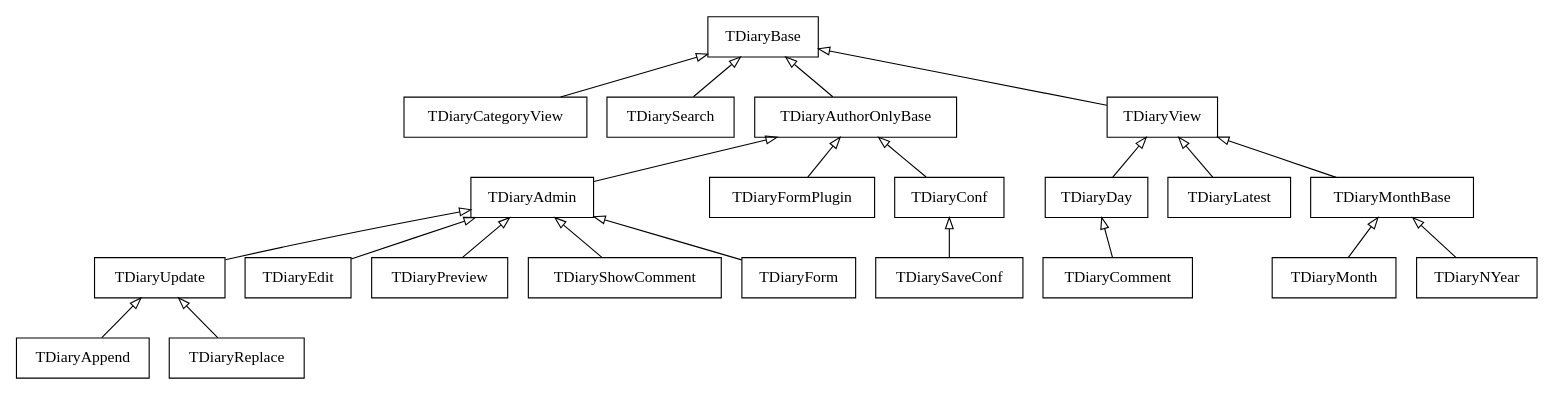
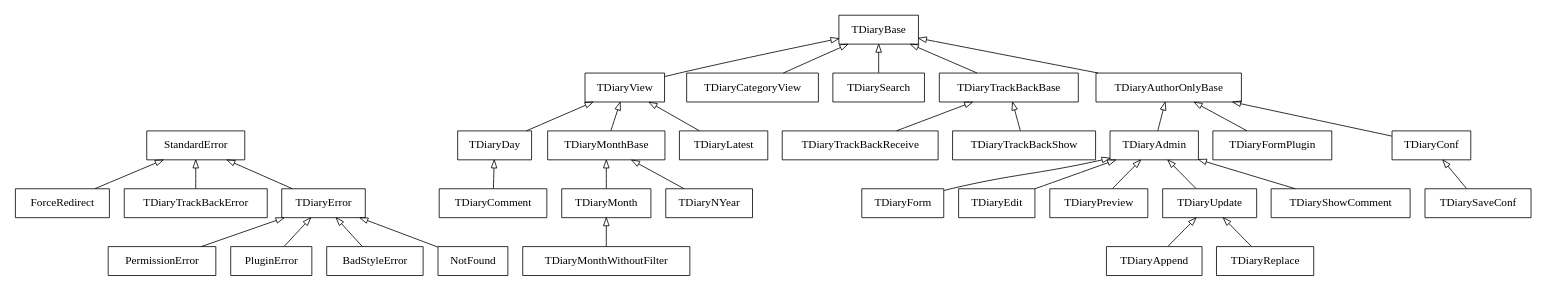
The diagram in tdiary_class_diagram/tdiary.dot (kdmsnr/tdiary_contrib), drawn with Graphviz before and after one commit. The commit also changed 1 other file, not shown here.

Commit message:
update diagram

```diff
--- a/tdiary_class_diagram/tdiary.dot
+++ b/tdiary_class_diagram/tdiary.dot
@@ -1,28 +1,56 @@
 /* $dot -Tpng tdiary.dot -o tdiary.dot */
 digraph tdiary {
   graph [size="13,13",rankdir = BT];
   node [shape = "box"];
   edge [arrowhead = "empty"];
 
+  TDiaryError -> StandardError;
+  PermissionError -> TDiaryError;
+  PluginError -> TDiaryError;
+  BadStyleError -> TDiaryError;
+  NotFound -> TDiaryError;
+  ForceRedirect -> StandardError;
+  TDiaryAuthorOnlyBase -> TDiaryBase;
+  TDiaryAdmin -> TDiaryAuthorOnlyBase;
+  TDiaryForm -> TDiaryAdmin;
+  TDiaryEdit -> TDiaryAdmin;
+  TDiaryPreview -> TDiaryAdmin;
+  TDiaryUpdate -> TDiaryAdmin;
+  TDiaryAppend -> TDiaryUpdate;
+  TDiaryReplace -> TDiaryUpdate;
+  TDiaryShowComment -> TDiaryAdmin;
+  TDiaryFormPlugin -> TDiaryAuthorOnlyBase;
+  TDiaryConf -> TDiaryAuthorOnlyBase;
+  TDiarySaveConf -> TDiaryConf;
   TDiaryView -> TDiaryBase;
   TDiaryDay -> TDiaryView;
   TDiaryComment -> TDiaryDay;
-  TDiaryLatest -> TDiaryView;
-  TDiaryMonthBase -> TDiaryView
+  TDiaryMonthBase -> TDiaryView;
   TDiaryMonth -> TDiaryMonthBase;
   TDiaryNYear -> TDiaryMonthBase;
+  TDiaryMonthWithoutFilter -> TDiaryMonth;
+  TDiaryLatest -> TDiaryView;
   TDiaryCategoryView -> TDiaryBase;
   TDiarySearch -> TDiaryBase;
-  TDiaryAuthorOnlyBase -> TDiaryBase;
-  TDiaryUpdate -> TDiaryAdmin;
-  TDiaryAppend -> TDiaryUpdate;
-  TDiaryEdit -> TDiaryAdmin;
-  TDiaryReplace -> TDiaryUpdate;
-  TDiaryPreview -> TDiaryAdmin;
-  TDiaryFormPlugin -> TDiaryAuthorOnlyBase;
-  TDiaryShowComment -> TDiaryAdmin;
-  TDiarySaveConf -> TDiaryConf;
-  TDiaryConf -> TDiaryAuthorOnlyBase;
-  TDiaryForm -> TDiaryAdmin;
-  TDiaryAdmin -> TDiaryAuthorOnlyBase;
+  TDiaryTrackBackError -> StandardError;
+  TDiaryTrackBackBase -> TDiaryBase;
+  TDiaryTrackBackReceive -> TDiaryTrackBackBase;
+  TDiaryTrackBackShow -> TDiaryTrackBackBase;
+  /*
+  DefaultIO -> IOBase;
+  DefaultFilter -> Filter;
+  SpamFilter -> Filter;
+  Dispatcher;
+  IndexMain;
+  UpdateMain;
+  Comment;
+  Paragraph;
+  Diary;
+  TDiarySection;
+  TDiaryDiary;
+  WikiSection;
+  WikiDiary;
+  Config;
+  Plugin;
+  */
 }
```
